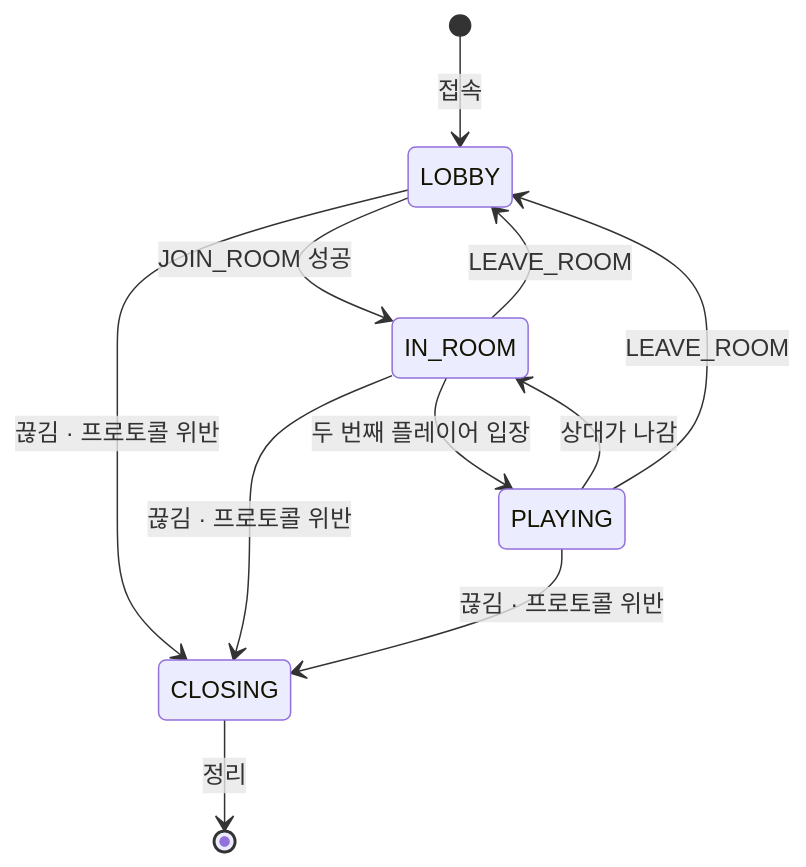
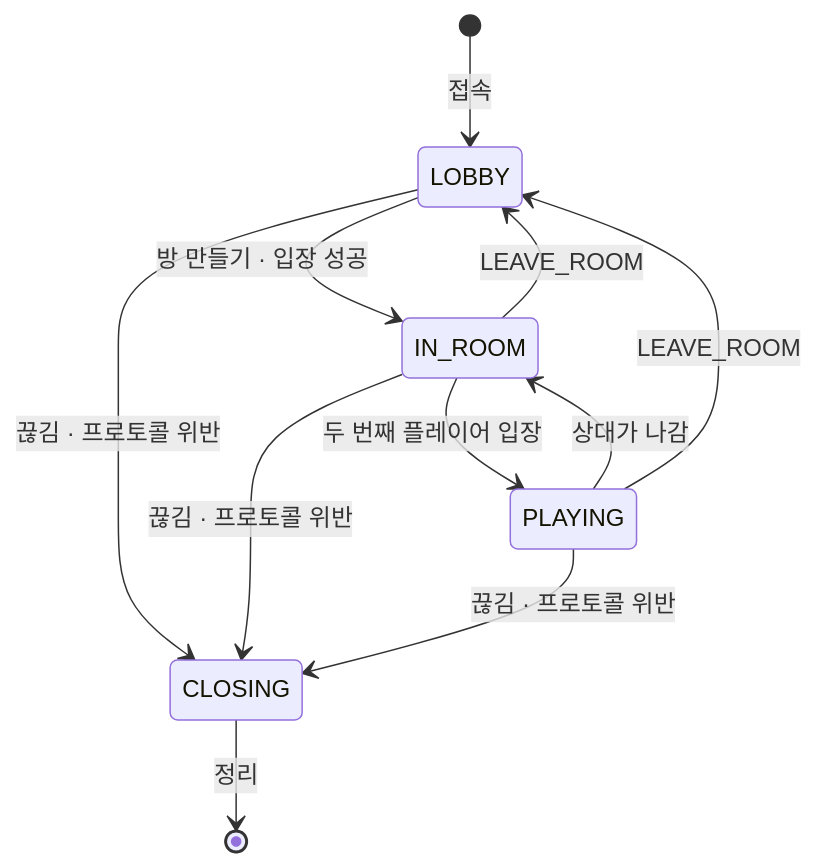
The third of 4 diagrams in docs/overview.md (JustForLabor/Relay-Server-Practice), drawn with Mermaid before and after one commit. The commit also changed other lines of this file, not shown here.

Commit message:
docs(overview): public lobby and private code rooms

````diff
--- a/docs/overview.md
+++ b/docs/overview.md
@@ -123,14 +123,14 @@
 ```mermaid
 stateDiagram-v2
     direction TB
     [*] --> LOBBY: 접속
-    LOBBY --> IN_ROOM: JOIN_ROOM 성공
+    LOBBY --> IN_ROOM: 방 만들기 · 입장 성공
     IN_ROOM --> PLAYING: 두 번째 플레이어 입장
     PLAYING --> IN_ROOM: 상대가 나감
     IN_ROOM --> LOBBY: LEAVE_ROOM
     PLAYING --> LOBBY: LEAVE_ROOM
     LOBBY --> CLOSING: 끊김 · 프로토콜 위반
     IN_ROOM --> CLOSING: 끊김 · 프로토콜 위반
     PLAYING --> CLOSING: 끊김 · 프로토콜 위반
     CLOSING --> [*]: 정리
 ```
````
